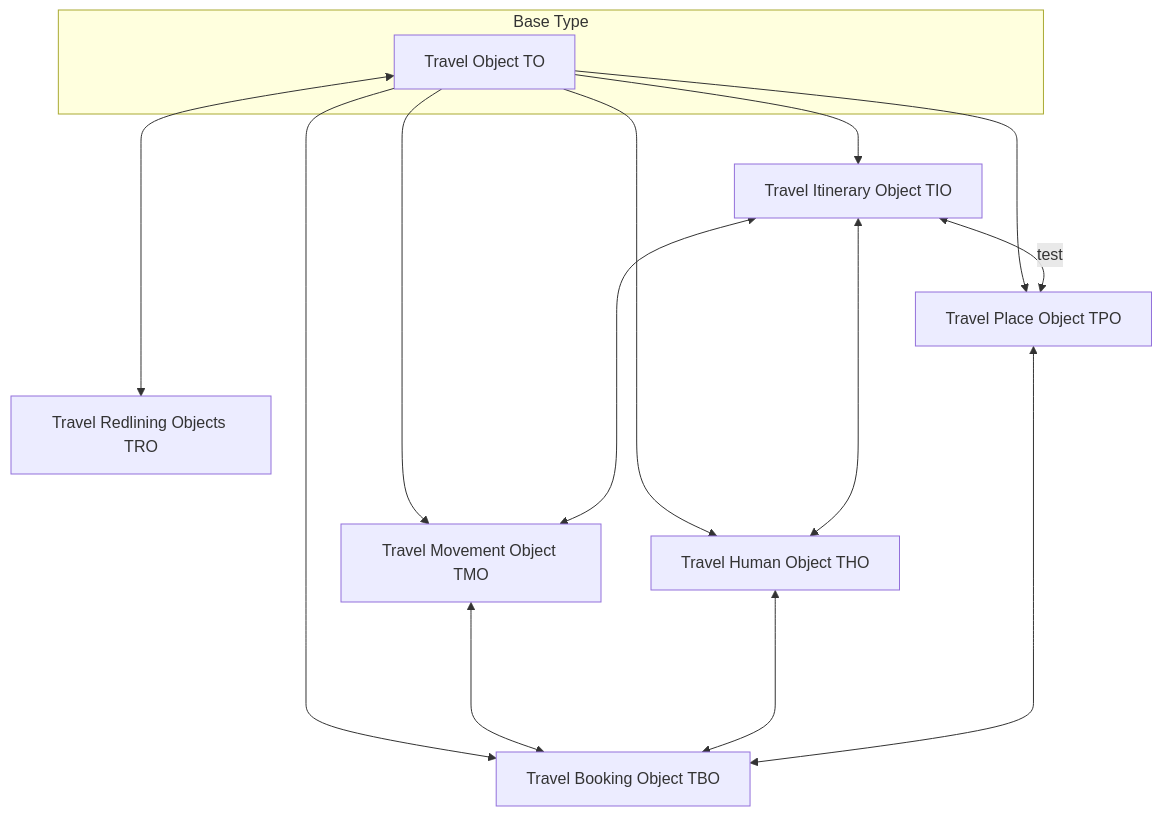
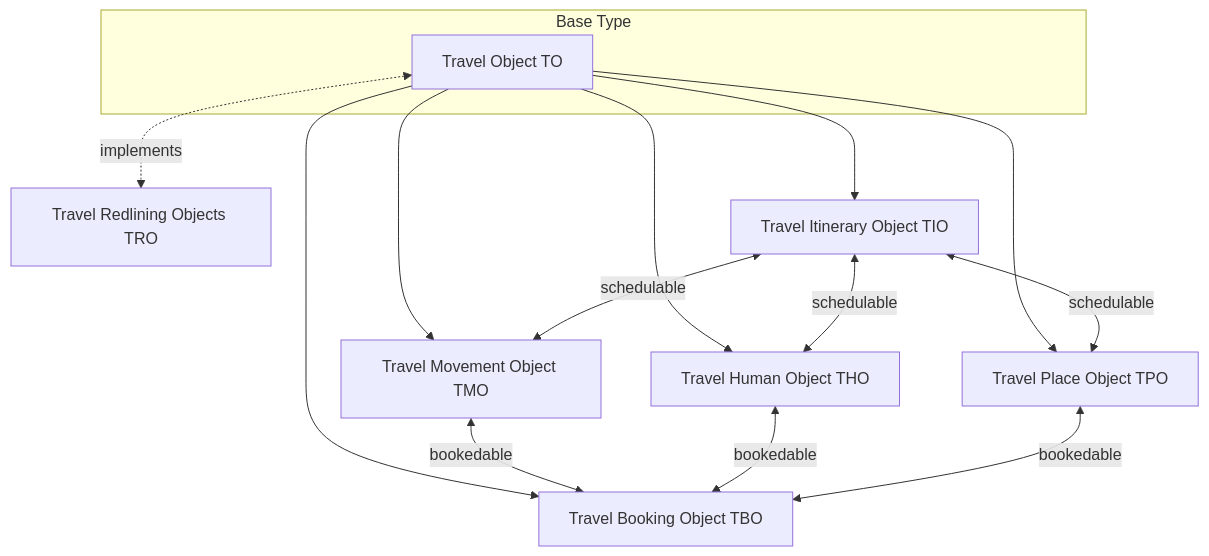
The diagram in README.md (OSSTRA/TXDM), drawn with Mermaid before and after one commit.

````diff
--- a/README.md
+++ b/README.md
@@ -38,18 +38,18 @@
 ```mermaid
 graph TD;
     subgraph Base Type;
     Base[Travel Object TO];
     end;
-    Base<---->TRO[Travel Redlining Objects TRO];
+    Base<-. implements .->TRO[Travel Redlining Objects TRO];
     Base-->TIO[Travel Itinerary Object TIO];
     Base-->TPO[Travel Place Object TPO];
     Base-->TMO[Travel Movement Object TMO];
     Base-->THO[Travel Human Object THO]
     Base-->TBO[Travel Booking Object TBO]
-    TIO<-- test -->TPO;
-    TIO<---->TMO;
-    TIO<---->THO;
-    TMO<---->TBO;
-    THO<---->TBO;
-    TPO<---->TBO;
+    TIO<-- schedulable-->TPO;
+    TIO<-- schedulable-->TMO;
+    TIO<-- schedulable-->THO;
+    TMO<-- bookedable -->TBO;
+    THO<-- bookedable -->TBO;
+    TPO<-- bookedable -->TBO;
 ```
````
